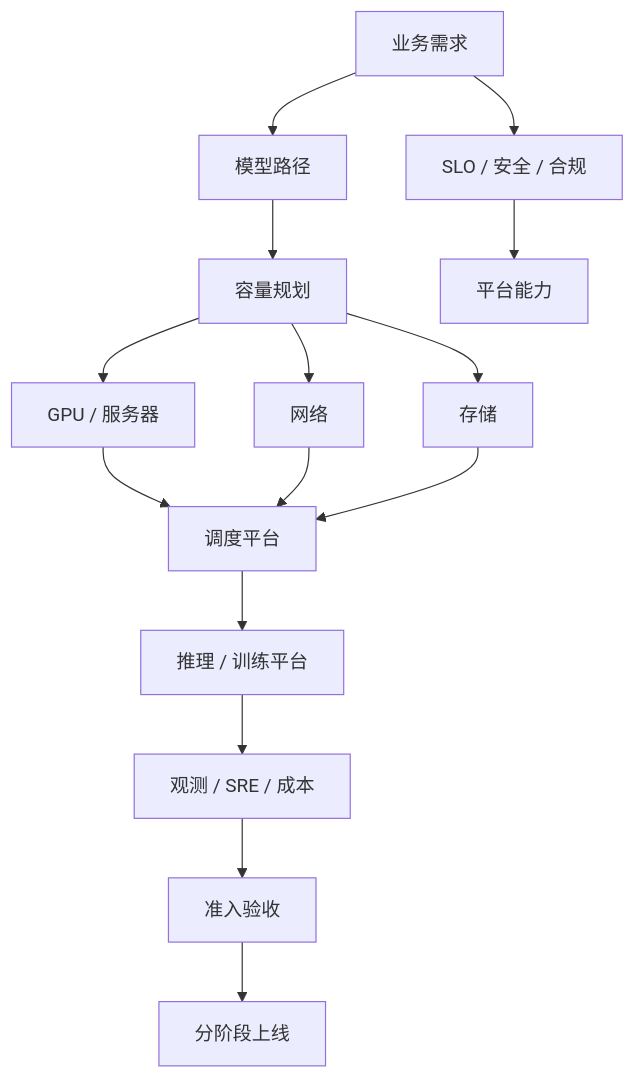
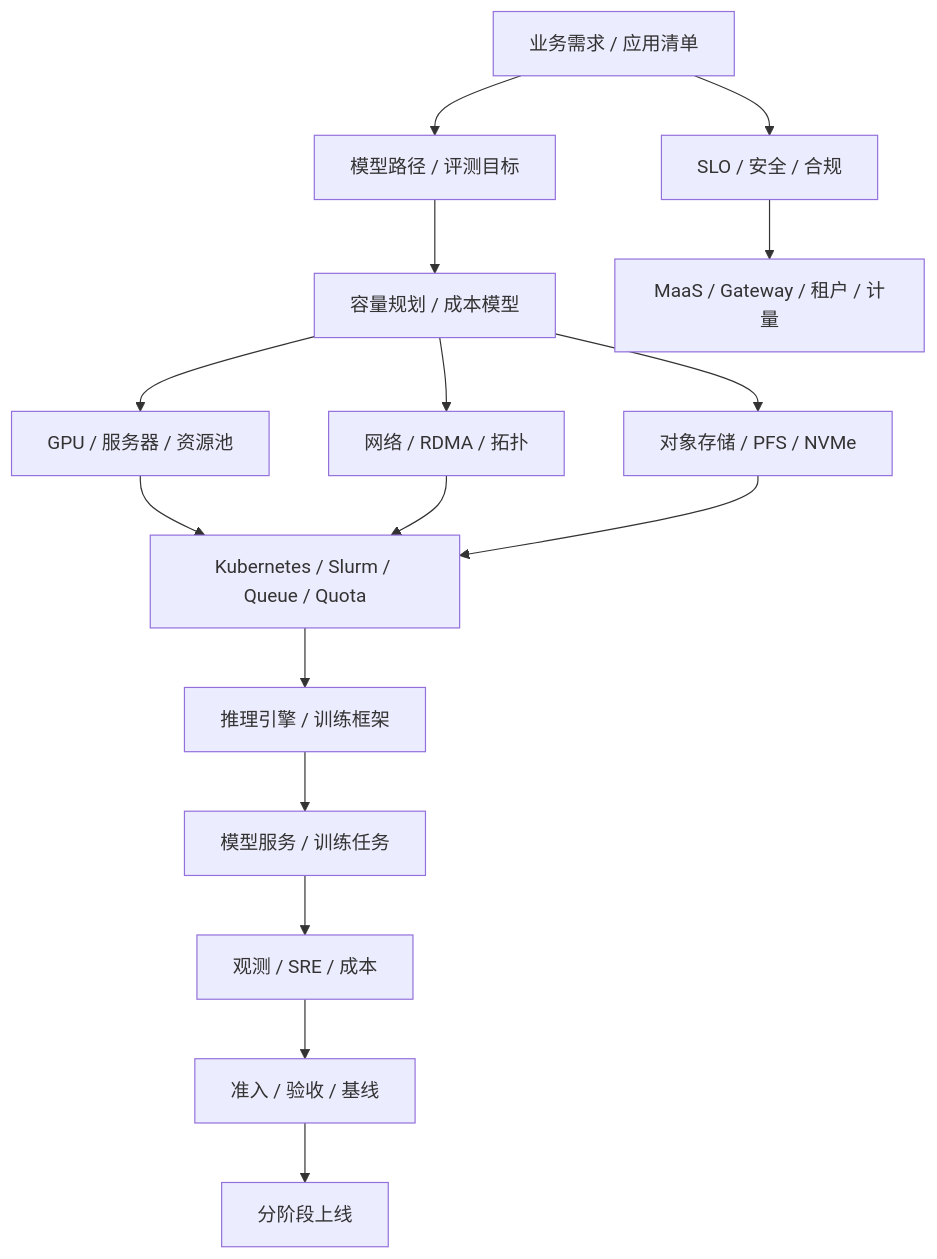
Before and after one commit to ikingye/ai-factory-engineering: the diagram in docs/part-10-economics-cases/chapter-44-building-ai-factory.md, drawn with Mermaid. The commit also changed other lines of this file and 3 other files, not shown here.

````diff
--- a/docs/part-10-economics-cases/chapter-44-building-ai-factory.md
+++ b/docs/part-10-economics-cases/chapter-44-building-ai-factory.md
@@ -23,17 +47,18 @@
 ```mermaid
 flowchart TB
-  Demand["业务需求"] --> Model["模型路径"]
+  Demand["业务需求 / 应用清单"] --> Model["模型路径 / 评测目标"]
   Demand --> SLO["SLO / 安全 / 合规"]
-  Model --> Capacity["容量规划"]
-  SLO --> Platform["平台能力"]
-  Capacity --> GPU["GPU / 服务器"]
-  Capacity --> Network["网络"]
-  Capacity --> Storage["存储"]
-  GPU --> Orchestration["调度平台"]
+  Model --> Capacity["容量规划 / 成本模型"]
+  SLO --> Platform["MaaS / Gateway / 租户 / 计量"]
+  Capacity --> GPU["GPU / 服务器 / 资源池"]
+  Capacity --> Network["网络 / RDMA / 拓扑"]
+  Capacity --> Storage["对象存储 / PFS / NVMe"]
+  GPU --> Orchestration["Kubernetes / Slurm / Queue / Quota"]
   Network --> Orchestration
   Storage --> Orchestration
-  Orchestration --> Serving["推理 / 训练平台"]
-  Serving --> Observability["观测 / SRE / 成本"]
-  Observability --> Acceptance["准入验收"]
+  Orchestration --> Runtime["推理引擎 / 训练框架"]
+  Runtime --> Serving["模型服务 / 训练任务"]
+  Serving --> Ops["观测 / SRE / 成本"]
+  Ops --> Acceptance["准入 / 验收 / 基线"]
   Acceptance --> Launch["分阶段上线"]
 ```
````
